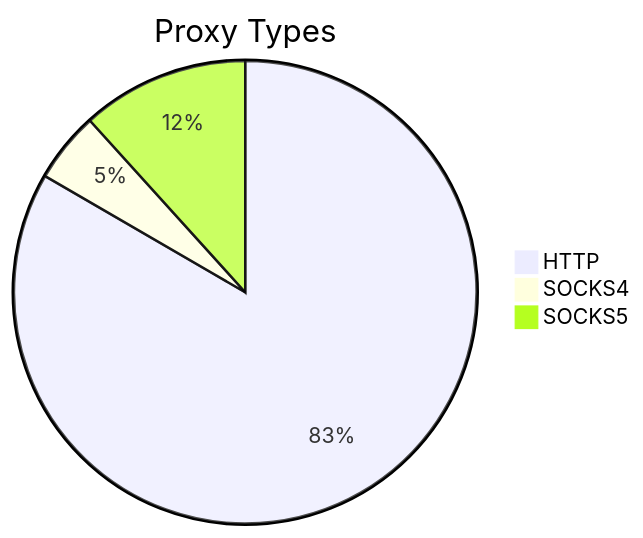
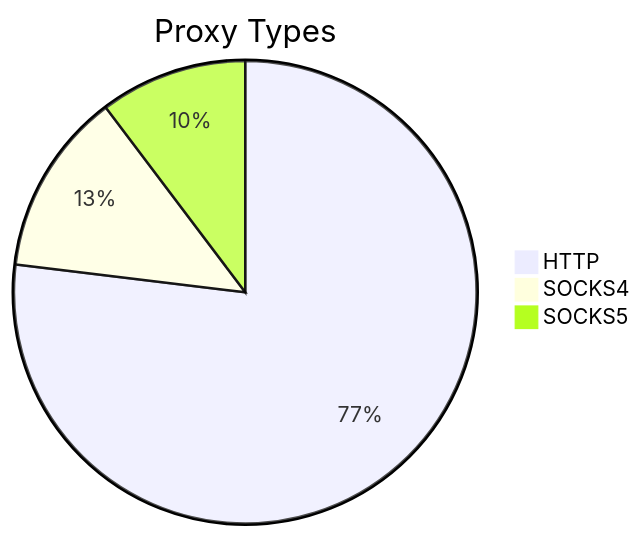
One commit to stormsia/proxy-list changed the first of 2 diagrams in README.md. Above: the diagram before and after it, drawn with Mermaid. The commit also changed other lines of this file, not shown here.

````diff
--- a/README.md
+++ b/README.md
@@ -21,6 +21,6 @@
 ```mermaid
 pie title Proxy Types
-    "HTTP" : 406
-    "SOCKS4" : 24
-    "SOCKS5" : 57
+    "HTTP" : 613
+    "SOCKS4" : 102
+    "SOCKS5" : 82
 ```
````
